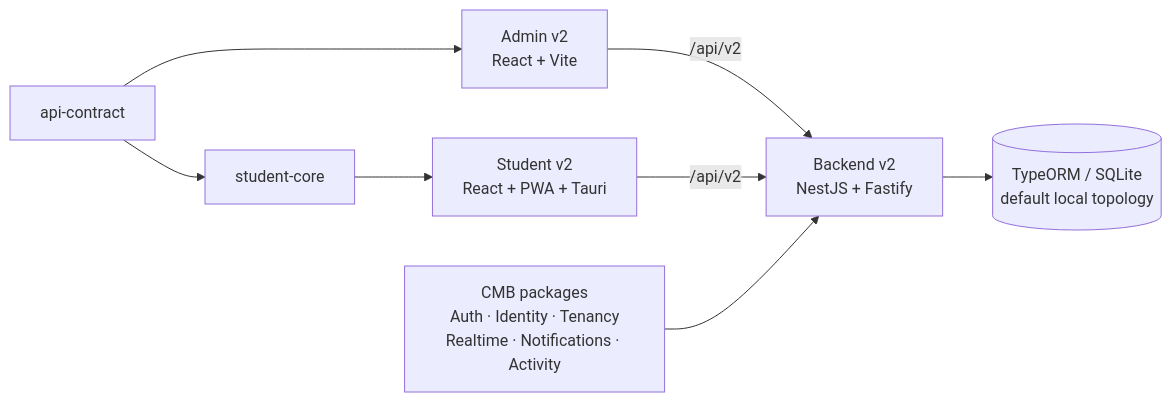
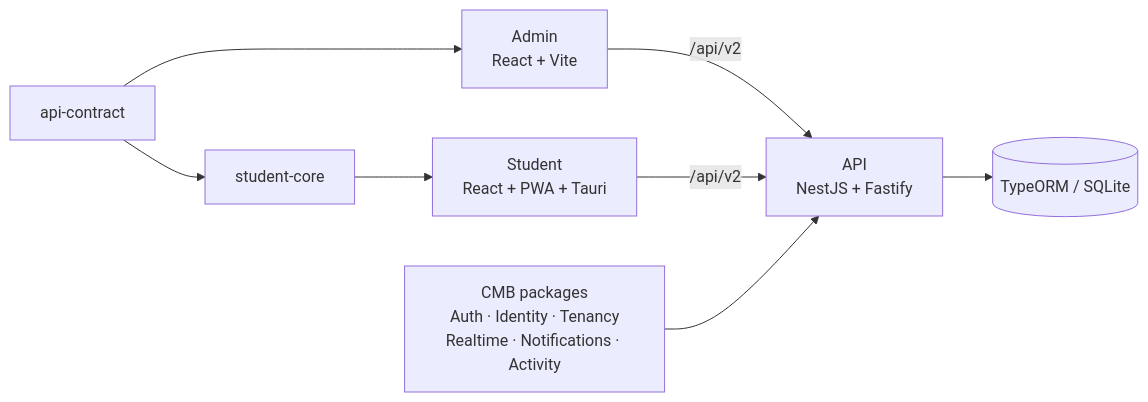
Before and after one commit to MHKarami97/moshaver: the diagram in README.md, drawn with Mermaid. The commit also changed other lines of this file, not shown here.

````diff
--- a/README.md
+++ b/README.md
@@ -176,10 +93,15 @@
 ```mermaid
 flowchart LR
-    A[Admin v2\nReact + Vite] -->|/api/v2| API[Backend v2\nNestJS + Fastify]
-    S[Student v2\nReact + PWA + Tauri] -->|/api/v2| API
-    SC[student-core] --> S
-    CONTRACT[api-contract] --> A
-    CONTRACT --> SC
-    CMB[CMB packages\nAuth · Identity · Tenancy\nRealtime · Notifications · Activity] --> API
-    API --> DB[(TypeORM / SQLite\ndefault local topology)]
+    ADMIN[Admin
+React + Vite] -->|/api/v2| API[API
+NestJS + Fastify]
+    STUDENT[Student
+React + PWA + Tauri] -->|/api/v2| API
+    CORE[student-core] --> STUDENT
+    CONTRACT[api-contract] --> ADMIN
+    CONTRACT --> CORE
+    CMB[CMB packages
+Auth · Identity · Tenancy
+Realtime · Notifications · Activity] --> API
+    API --> DB[(TypeORM / SQLite)]
 ```
````
